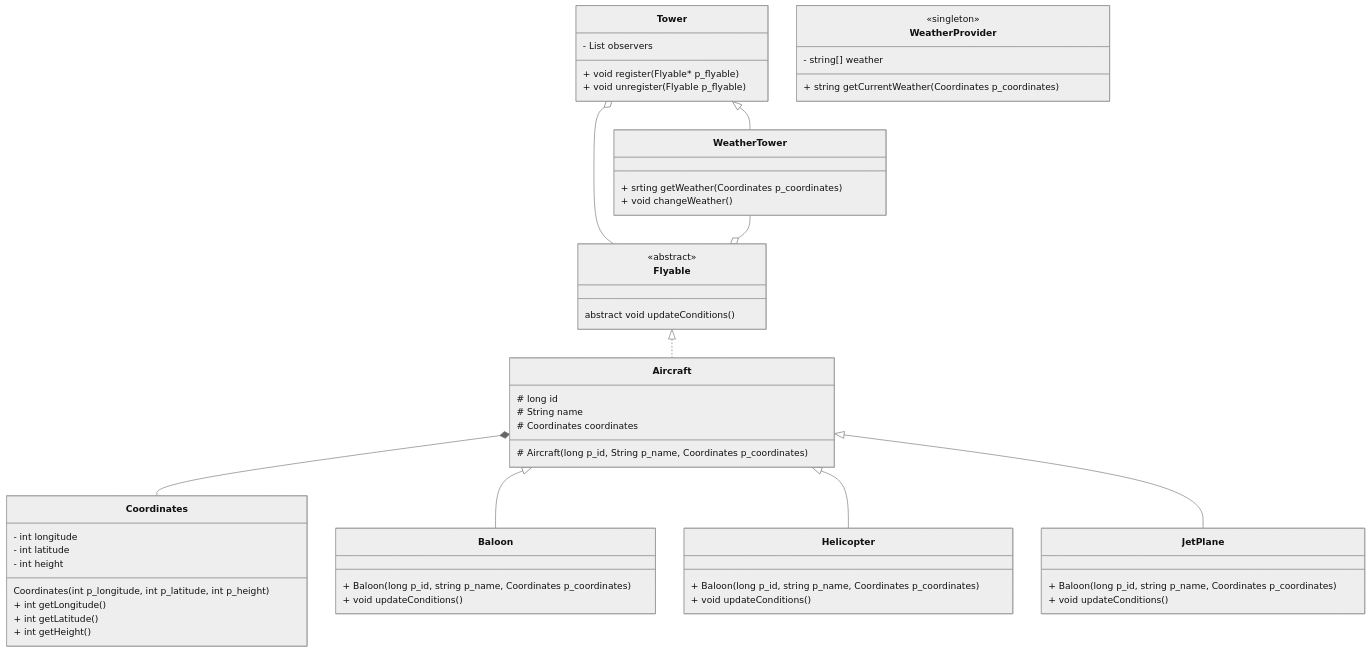
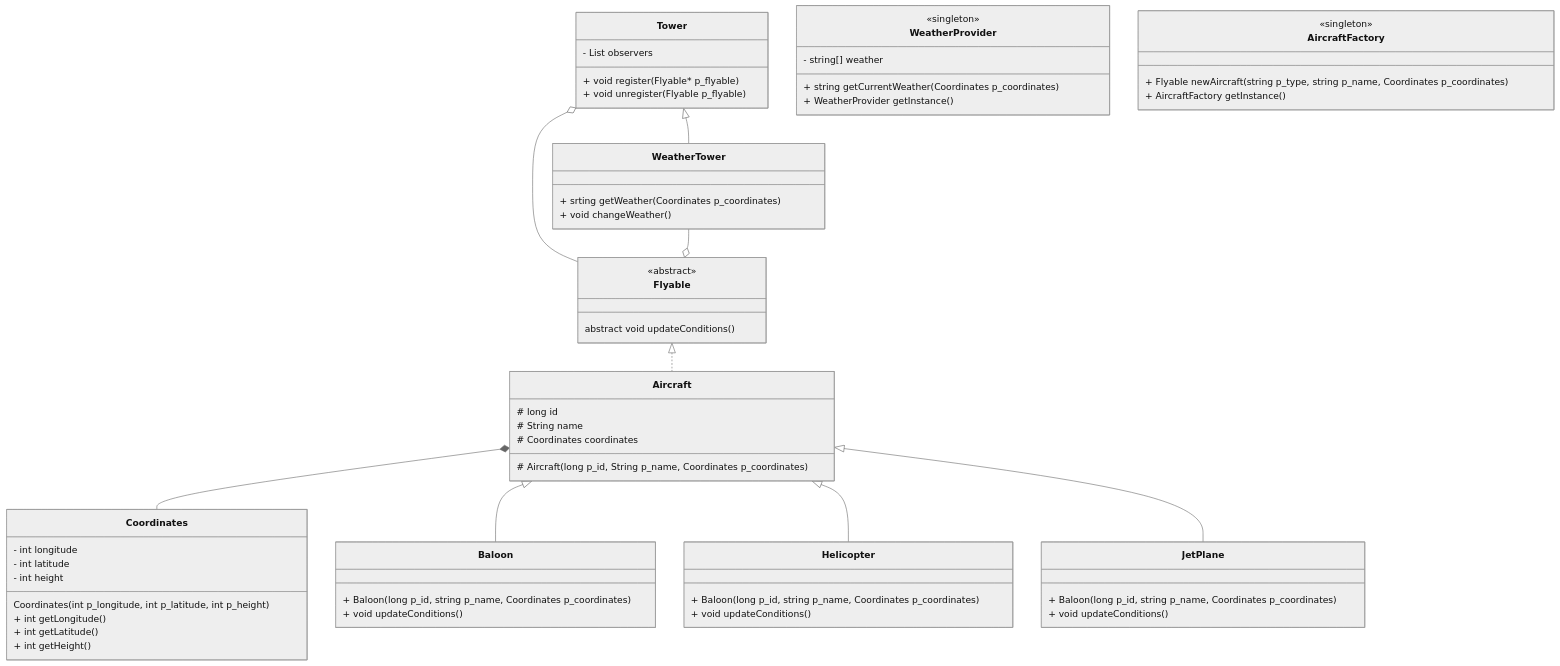
One commit to isilva-t/42.avaj-launcher changed the diagram in project/doc/develop.mermaid. Above: the diagram before and after it, drawn with Mermaid (neutral theme).

Commit message:
docs: addeed AircraftFactory

```diff
--- a/project/doc/develop.mermaid
+++ b/project/doc/develop.mermaid
@@ -1,69 +1,76 @@
 
 classDiagram
 
     class Tower {    
         - List<Flyable> observers
 
         + void register(Flyable* p_flyable)
         + void unregister(Flyable p_flyable)
     }
 
     class Flyable {
         <<abstract>>
         abstract void updateConditions()
     }
 
     
     class Aircraft {
         # long id
         # String name
         # Coordinates coordinates
 
         # Aircraft(long p_id, String p_name, Coordinates p_coordinates)
     }
 
     class Coordinates {
         - int longitude
         - int latitude
         - int height
 
         Coordinates(int p_longitude, int p_latitude, int p_height)
 
         + int getLongitude()
         + int getLatitude()
         + int getHeight()
     }
 
     class WeatherProvider {
         <<singleton>>
         - string[] weather
         + string getCurrentWeather(Coordinates p_coordinates)
+        + WeatherProvider getInstance()
     }
 
     class WeatherTower {
         + srting getWeather(Coordinates p_coordinates)
         + void changeWeather()
     }
 
     class Baloon {
         + Baloon(long p_id, string p_name, Coordinates p_coordinates)
         + void updateConditions()
     }
     class Helicopter {
         + Baloon(long p_id, string p_name, Coordinates p_coordinates)
         + void updateConditions()
     }
     class JetPlane {
         + Baloon(long p_id, string p_name, Coordinates p_coordinates)
         + void updateConditions()
     }
 
+    class AircraftFactory {
+        <<singleton>>
+        + Flyable newAircraft(string p_type, string p_name, Coordinates p_coordinates)
+        + AircraftFactory getInstance()
+    }
+
     Flyable <|.. Aircraft
     Tower <|-- WeatherTower
     Tower o-- Flyable
     WeatherTower --o Flyable
     Aircraft *-- Coordinates
 
     Aircraft <|-- Baloon 
     Aircraft <|-- Helicopter 
     Aircraft <|-- JetPlane
```
